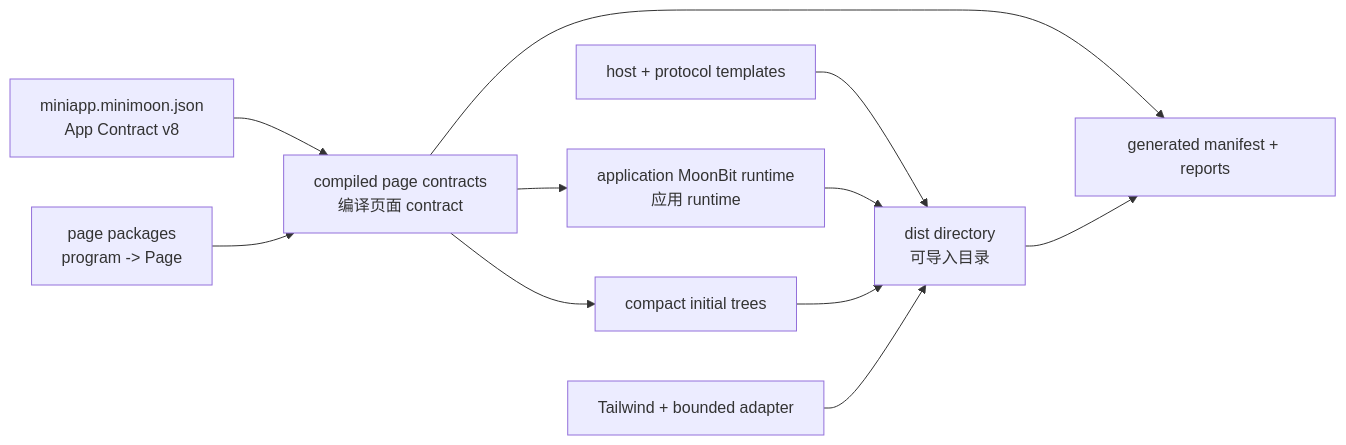
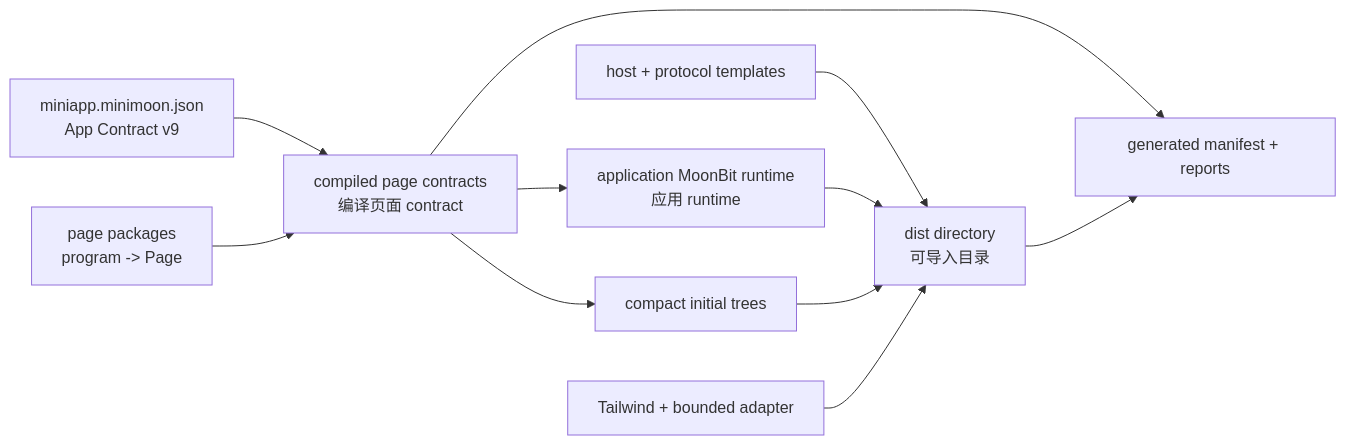
Before and after one commit to lucavance/minimoon: the diagram in docs/code-analysis/assets/diagrams/source/06-BUILD-VERIFY-AND-RELEASE-1.mmd, drawn with Mermaid. The commit also changed 123 other files, not shown here.

```diff
--- a/docs/code-analysis/assets/diagrams/source/06-BUILD-VERIFY-AND-RELEASE-1.mmd
+++ b/docs/code-analysis/assets/diagrams/source/06-BUILD-VERIFY-AND-RELEASE-1.mmd
@@ -1,21 +1,21 @@
 flowchart LR
-    Config[miniapp.minimoon.json<br/>App Contract v8]
+    Config[miniapp.minimoon.json<br/>App Contract v9]
     PagePkg[page packages<br/>program -> Page]
     Contract[compiled page contracts<br/>编译页面 contract]
     AppRuntime[application MoonBit runtime<br/>应用 runtime]
     Host[host + protocol templates]
     Initial[compact initial trees]
     Tailwind[Tailwind + bounded adapter]
     Dist[dist directory<br/>可导入目录]
     Reports[generated manifest + reports]
 
     Config --> Contract
     PagePkg --> Contract
     Contract --> AppRuntime
     Contract --> Initial
     Host --> Dist
     AppRuntime --> Dist
     Initial --> Dist
     Tailwind --> Dist
     Contract --> Reports
     Dist --> Reports
```
